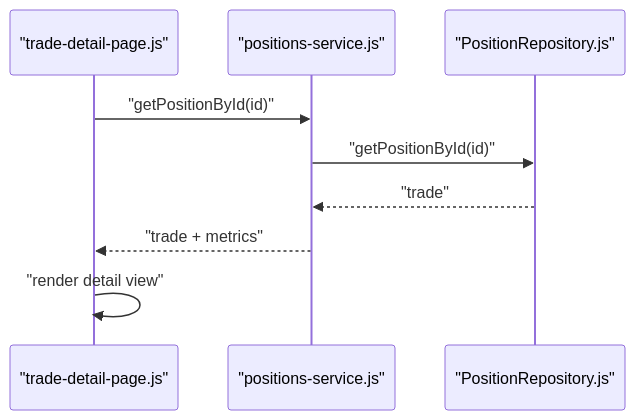
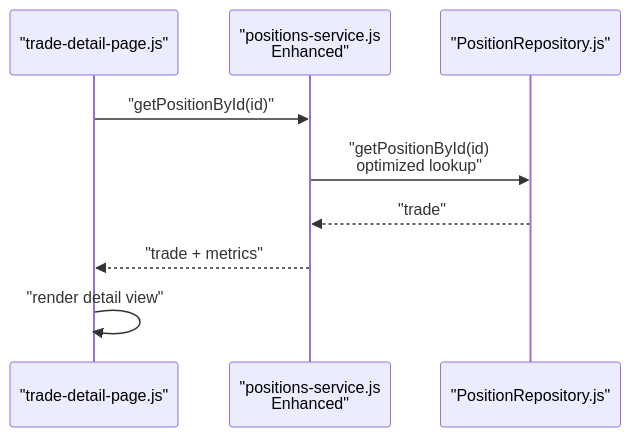
One commit to iliyas77/MTF-monitor changed the seventh of 12 diagrams in .qoder/repowiki/en/content/Core Features/Positions Tracking/Positions Tracking.md. Above: the diagram before and after it, drawn with Mermaid. The commit also changed other lines of this file and 46 other files, not shown here.

````diff
--- a/.qoder/repowiki/en/content/Core Features/Positions Tracking/Positions Tracking.md
+++ b/.qoder/repowiki/en/content/Core Features/Positions Tracking/Positions Tracking.md
@@ -347,11 +406,11 @@
 ```mermaid
 sequenceDiagram
 participant Page as "trade-detail-page.js"
-participant Service as "positions-service.js"
+participant Service as "positions-service.js<br/>Enhanced"
 participant Repo as "PositionRepository.js"
 Page->>Service : "getPositionById(id)"
-Service->>Repo : "getPositionById(id)"
+Service->>Repo : "getPositionById(id)<br/>optimized lookup"
 Repo-->>Service : "trade"
 Service-->>Page : "trade + metrics"
 Page->>Page : "render detail view"
 ```
````
